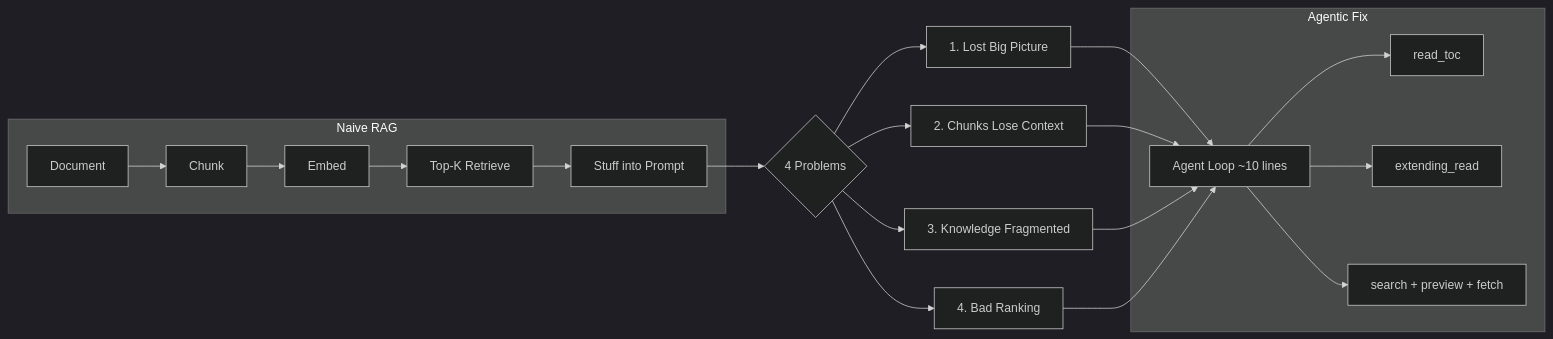
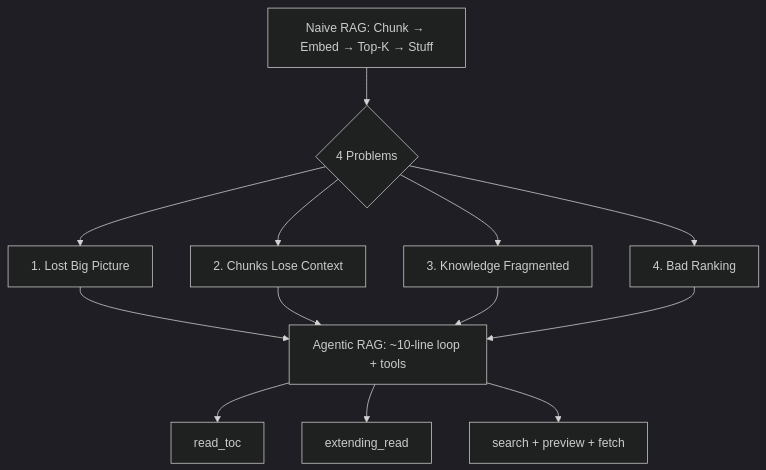
Before and after one commit to hungson175/hungson175: the diagram in blogs/naive-rag-4-problems-doc-understanding.md, drawn with Mermaid (dark theme).

Commit message:
Simplify Mermaid diagram to fix GitHub rendering

````diff
--- a/blogs/naive-rag-4-problems-doc-understanding.md
+++ b/blogs/naive-rag-4-problems-doc-understanding.md
@@ -3,26 +3,15 @@
 ```mermaid
-flowchart LR
-    subgraph Naive RAG
-        A[Document] --> B[Chunk]
-        B --> C[Embed]
-        C --> D[Top-K Retrieve]
-        D --> E[Stuff into Prompt]
-    end
-
-    E --> F{4 Problems}
-    F --> G[1. Lost Big Picture]
-    F --> H[2. Chunks Lose Context]
-    F --> I[3. Knowledge Fragmented]
-    F --> J[4. Bad Ranking]
-
-    subgraph Agentic Fix
-        K[Agent Loop ~10 lines] --> L[read_toc]
-        K --> M[extending_read]
-        K --> N[search + preview + fetch]
-    end
-
-    G --> K
-    H --> K
-    I --> K
-    J --> K
+flowchart TD
+    A[Naive RAG: Chunk → Embed → Top-K → Stuff] --> B{4 Problems}
+    B --> C[1. Lost Big Picture]
+    B --> D[2. Chunks Lose Context]
+    B --> E[3. Knowledge Fragmented]
+    B --> F[4. Bad Ranking]
+    C --> G[Agentic RAG: ~10-line loop + tools]
+    D --> G
+    E --> G
+    F --> G
+    G --> H[read_toc]
+    G --> I[extending_read]
+    G --> J[search + preview + fetch]
 ```
````
